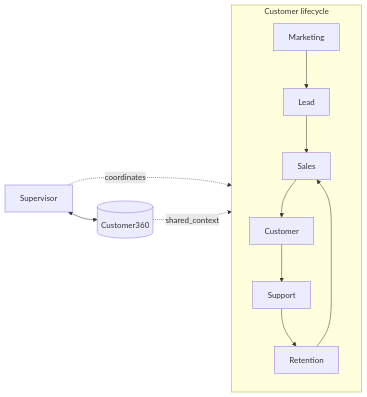
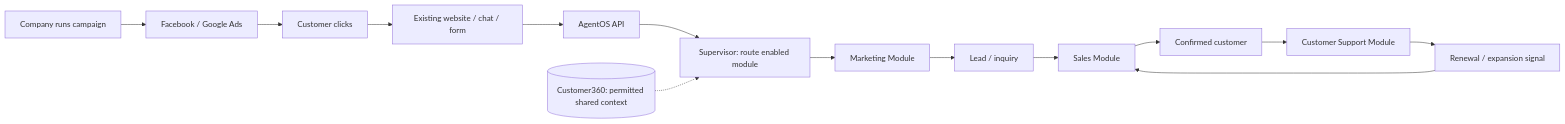
One commit to phongka79d/agent_solution changed the first of 2 diagrams in plans/product-and-packaging.md. Above: the diagram before and after it, drawn with Mermaid. The commit also changed other lines of this file and 15 other files, not shown here.

First line of the commit message:
Enhance documentation across multiple modules with detailed sales flow, glossary, and API integration updates

````diff
--- a/plans/product-and-packaging.md
+++ b/plans/product-and-packaging.md
@@ -20,10 +20,16 @@
 ```mermaid
 flowchart LR
-    subgraph Journey["Customer lifecycle"]
-        Marketing --> Lead --> Sales --> Customer --> Support --> Retention
-        Retention --> Sales
-    end
-    Supervisor -. coordinates .-> Journey
-    C360[("Customer360")] -. shared_context .-> Journey
-    Supervisor <--> C360
+    Company["Company runs campaign"] --> Ads["Facebook / Google Ads"]
+    Ads --> Click["Customer clicks"]
+    Click --> App["Existing website / chat / form"]
+    App --> API["AgentOS API"]
+    API --> Supervisor["Supervisor: route enabled module"]
+    Supervisor --> Marketing["Marketing Module"]
+    Marketing --> Lead["Lead / inquiry"]
+    Lead --> Sales["Sales Module"]
+    Sales --> Customer["Confirmed customer"]
+    Customer --> Support["Customer Support Module"]
+    Support --> Signal["Renewal / expansion signal"]
+    Signal --> Sales
+    C360[("Customer360: permitted shared context")] -.-> Supervisor
 ```
````
